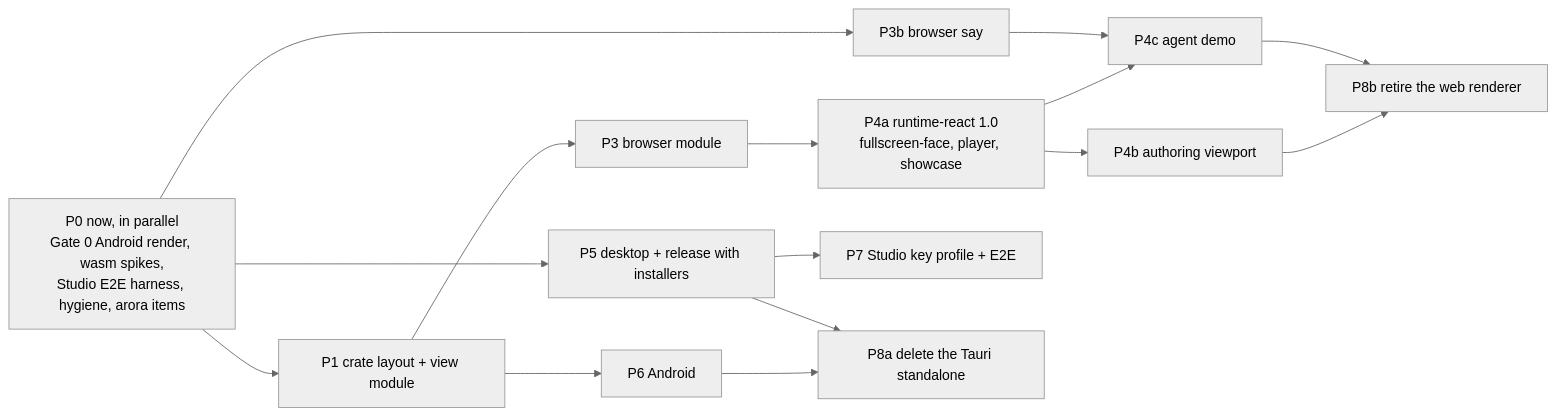
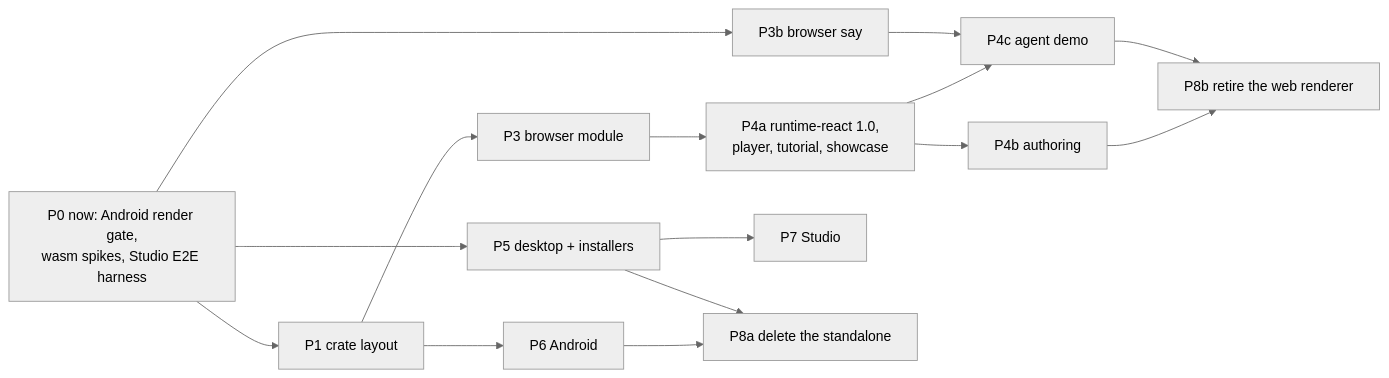
One commit to vizij-ai/vizij-docs changed the third of 3 diagrams in active_projects/runtime/bevy_everywhere/bevy_everywhere-deck.md. Above: the diagram before and after it, drawn with Mermaid (neutral theme). The commit also changed other lines of this file and 1 other file, not shown here.

````diff
--- a/active_projects/runtime/bevy_everywhere/bevy_everywhere-deck.md
+++ b/active_projects/runtime/bevy_everywhere/bevy_everywhere-deck.md
@@ -270,22 +264,21 @@
 ```mermaid
 flowchart LR
-  P0["P0 now, in parallel<br/>Gate 0 Android render, wasm spikes,<br/>Studio E2E harness, hygiene, arora items"]
-  P1["P1 crate layout + view module"]
+  P0["P0 now: Android render gate,<br/>wasm spikes, Studio E2E harness"]
+  P1["P1 crate layout"]
   P3["P3 browser module"]
   P3b["P3b browser say"]
-  P4a["P4a runtime-react 1.0<br/>fullscreen-face, player, showcase"]
-  P4b["P4b authoring viewport"]
+  P4a["P4a runtime-react 1.0,<br/>player, tutorial, showcase"]
+  P4b["P4b authoring"]
   P4c["P4c agent demo"]
-  P5["P5 desktop + release with installers"]
+  P5["P5 desktop + installers"]
   P6["P6 Android"]
-  P7["P7 Studio key profile + E2E"]
-  P8a["P8a delete the Tauri standalone"]
+  P7["P7 Studio"]
+  P8a["P8a delete the standalone"]
   P8b["P8b retire the web renderer"]
   P0 --> P1 --> P3 --> P4a --> P4b --> P8b
   P4a --> P4c --> P8b
-  P3b --> P4c
-  P0 --> P3b
+  P0 --> P3b --> P4c
   P0 --> P5 --> P7
   P1 --> P6 --> P8a
   P5 --> P8a
 ```
````
